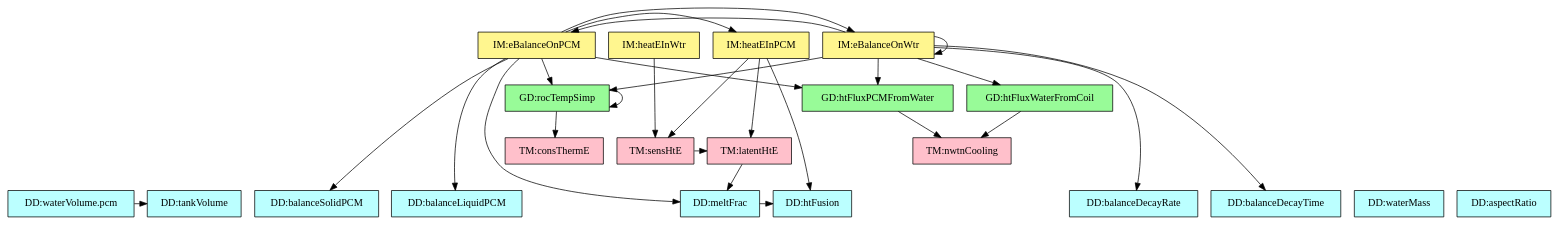
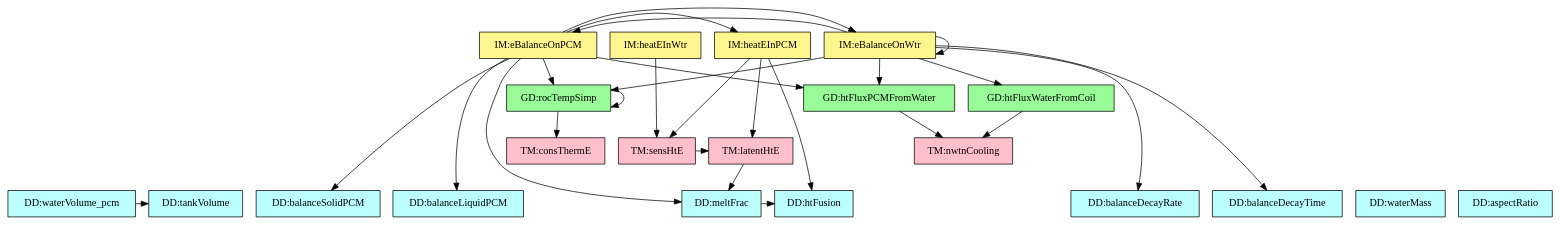
The diagram in code/stable/swhs/TraceyGraph/refvsref.dot (JacquesCarette/Drasil), drawn with Graphviz before and after one commit. The commit also changed 24 other files, not shown here.

```diff
--- a/code/stable/swhs/TraceyGraph/refvsref.dot
+++ b/code/stable/swhs/TraceyGraph/refvsref.dot
@@ -1,65 +1,65 @@
 digraph "refvsref" {
     "dataDefn:wVol" -> "dataDefn:tankVol";
     "dataDefn:meltFrac" -> "dataDefn:htFusion";
     "theory:sensHeat" -> "theory:latentHtETM";
     "theory:latentHtETM" -> "dataDefn:meltFrac";
     "theory:rocTempSimpRC" -> "theory:consThermECS";
     "theory:rocTempSimpRC" -> "theory:rocTempSimpRC";
     "theory:htFluxC" -> "theory:nwtnCoolingTM";
     "theory:htFluxP" -> "theory:nwtnCoolingTM";
     "theory:eBalanceOnWtrRC" -> "dataDefn:tauW";
     "theory:eBalanceOnWtrRC" -> "dataDefn:eta";
     "theory:eBalanceOnWtrRC" -> "theory:rocTempSimpRC";
     "theory:eBalanceOnWtrRC" -> "theory:htFluxC";
     "theory:eBalanceOnWtrRC" -> "theory:htFluxP";
     "theory:eBalanceOnWtrRC" -> "theory:eBalanceOnWtrRC";
     "theory:eBalanceOnWtrRC" -> "theory:eBalanceOnPCMRC";
     "theory:eBalanceOnPCMRC" -> "dataDefn:tauSP";
     "theory:eBalanceOnPCMRC" -> "dataDefn:tauLP";
     "theory:eBalanceOnPCMRC" -> "dataDefn:meltFrac";
     "theory:eBalanceOnPCMRC" -> "theory:rocTempSimpRC";
     "theory:eBalanceOnPCMRC" -> "theory:htFluxP";
     "theory:eBalanceOnPCMRC" -> "theory:eBalanceOnWtrRC";
     "theory:eBalanceOnPCMRC" -> "theory:heatEInPCMRC";
     "theory:heatEInWtrIM" -> "theory:sensHeat";
     "theory:heatEInPCMRC" -> "dataDefn:htFusion";
     "theory:heatEInPCMRC" -> "theory:sensHeat";
     "theory:heatEInPCMRC" -> "theory:latentHtETM";
     "dataDefn:wMass" [shape=box, color=black, style=filled, fillcolor="paleturquoise1", label="DD:waterMass"];
-    "dataDefn:wVol" [shape=box, color=black, style=filled, fillcolor="paleturquoise1", label="DD:waterVolume.pcm"];
+    "dataDefn:wVol" [shape=box, color=black, style=filled, fillcolor="paleturquoise1", label="DD:waterVolume_pcm"];
     "dataDefn:tankVol" [shape=box, color=black, style=filled, fillcolor="paleturquoise1", label="DD:tankVolume"];
     "dataDefn:tauW" [shape=box, color=black, style=filled, fillcolor="paleturquoise1", label="DD:balanceDecayRate"];
     "dataDefn:eta" [shape=box, color=black, style=filled, fillcolor="paleturquoise1", label="DD:balanceDecayTime"];
     "dataDefn:tauSP" [shape=box, color=black, style=filled, fillcolor="paleturquoise1", label="DD:balanceSolidPCM"];
     "dataDefn:tauLP" [shape=box, color=black, style=filled, fillcolor="paleturquoise1", label="DD:balanceLiquidPCM"];
     "dataDefn:htFusion" [shape=box, color=black, style=filled, fillcolor="paleturquoise1", label="DD:htFusion"];
     "dataDefn:meltFrac" [shape=box, color=black, style=filled, fillcolor="paleturquoise1", label="DD:meltFrac"];
     "dataDefn:aspectRatio" [shape=box, color=black, style=filled, fillcolor="paleturquoise1", label="DD:aspectRatio"];
     subgraph "DD" {
         rank="same";
         "dataDefn:wMass" "dataDefn:wVol" "dataDefn:tankVol" "dataDefn:tauW" "dataDefn:eta" "dataDefn:tauSP" "dataDefn:tauLP" "dataDefn:htFusion" "dataDefn:meltFrac" "dataDefn:aspectRatio";
     }
     "theory:consThermECS" [shape=box, color=black, style=filled, fillcolor="pink", label="TM:consThermE"];
     "theory:sensHeat" [shape=box, color=black, style=filled, fillcolor="pink", label="TM:sensHtE"];
     "theory:latentHtETM" [shape=box, color=black, style=filled, fillcolor="pink", label="TM:latentHtE"];
     "theory:nwtnCoolingTM" [shape=box, color=black, style=filled, fillcolor="pink", label="TM:nwtnCooling"];
     subgraph "TM" {
         rank="same";
         "theory:consThermECS" "theory:sensHeat" "theory:latentHtETM" "theory:nwtnCoolingTM";
     }
     "theory:rocTempSimpRC" [shape=box, color=black, style=filled, fillcolor="palegreen", label="GD:rocTempSimp"];
     "theory:htFluxC" [shape=box, color=black, style=filled, fillcolor="palegreen", label="GD:htFluxWaterFromCoil"];
     "theory:htFluxP" [shape=box, color=black, style=filled, fillcolor="palegreen", label="GD:htFluxPCMFromWater"];
     subgraph "GD" {
         rank="same";
         "theory:rocTempSimpRC" "theory:htFluxC" "theory:htFluxP";
     }
     "theory:eBalanceOnWtrRC" [shape=box, color=black, style=filled, fillcolor="khaki1", label="IM:eBalanceOnWtr"];
     "theory:eBalanceOnPCMRC" [shape=box, color=black, style=filled, fillcolor="khaki1", label="IM:eBalanceOnPCM"];
     "theory:heatEInWtrIM" [shape=box, color=black, style=filled, fillcolor="khaki1", label="IM:heatEInWtr"];
     "theory:heatEInPCMRC" [shape=box, color=black, style=filled, fillcolor="khaki1", label="IM:heatEInPCM"];
     subgraph "IM" {
         rank="same";
         "theory:eBalanceOnWtrRC" "theory:eBalanceOnPCMRC" "theory:heatEInWtrIM" "theory:heatEInPCMRC";
     }
 }
```
